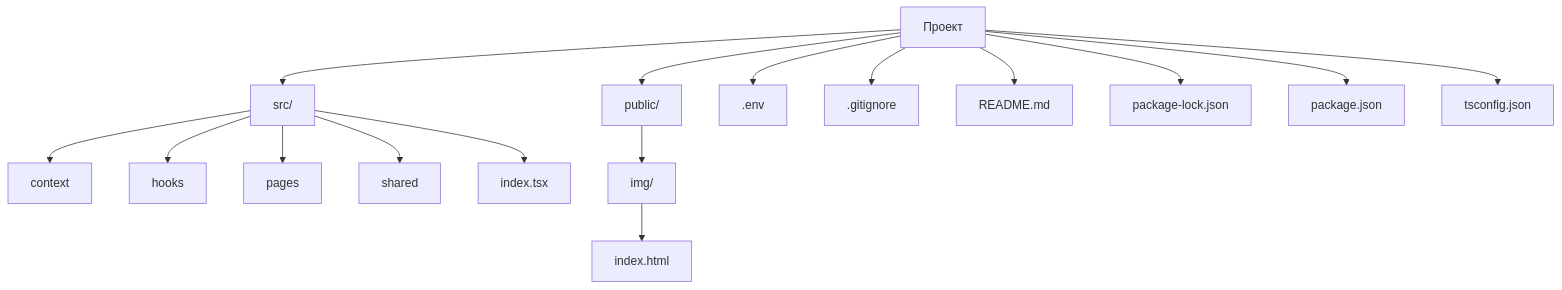
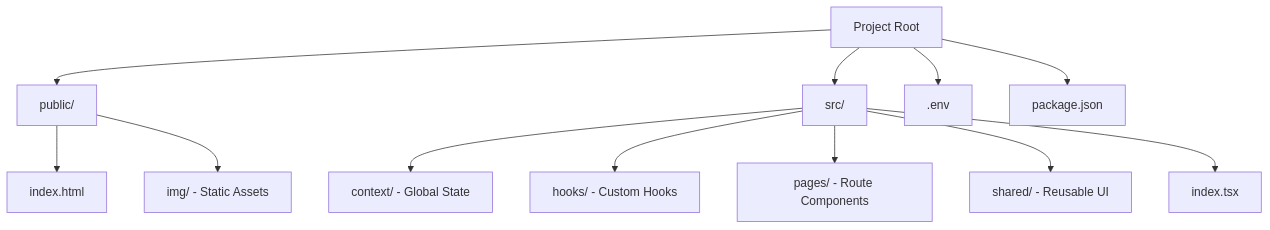
One commit to YehorHoncharov/Lazy-Bunny-front-end changed the diagram in README.md. Above: the diagram before and after it, drawn with Mermaid. The commit also changed other lines of this file and 18 other files, not shown here.

````diff
--- a/README.md
+++ b/README.md
@@ -41,20 +82,16 @@
- ```mermaid
-
-    graph TD;
-    root[Проект] --> public[public/]
+```mermaid
+graph TD;
+    root[Project Root] --> public[public/]
     root --> src[src/]
     root --> env[.env]
-    root --> gitignore[.gitignore]
-    root --> readme[README.md]
-    root --> packageLock[package-lock.json]
     root --> package[package.json]
-    root --> tsconfig[tsconfig.json]
-    src --> context
-    src --> hooks
-    src --> pages
-    src --> shared
-    src --> index.tsx
-    public[public/] --> img[img/]
-    img[img/] --> index.html
-    
+
+    src --> context[context/ - Global State]
+    src --> hooks[hooks/ - Custom Hooks]
+    src --> pages[pages/ - Route Components]
+    src --> shared[shared/ - Reusable UI]
+    src --> index[index.tsx]
+
+    public --> indexHtml[index.html]
+    public --> img[img/ - Static Assets]
 ```
````
